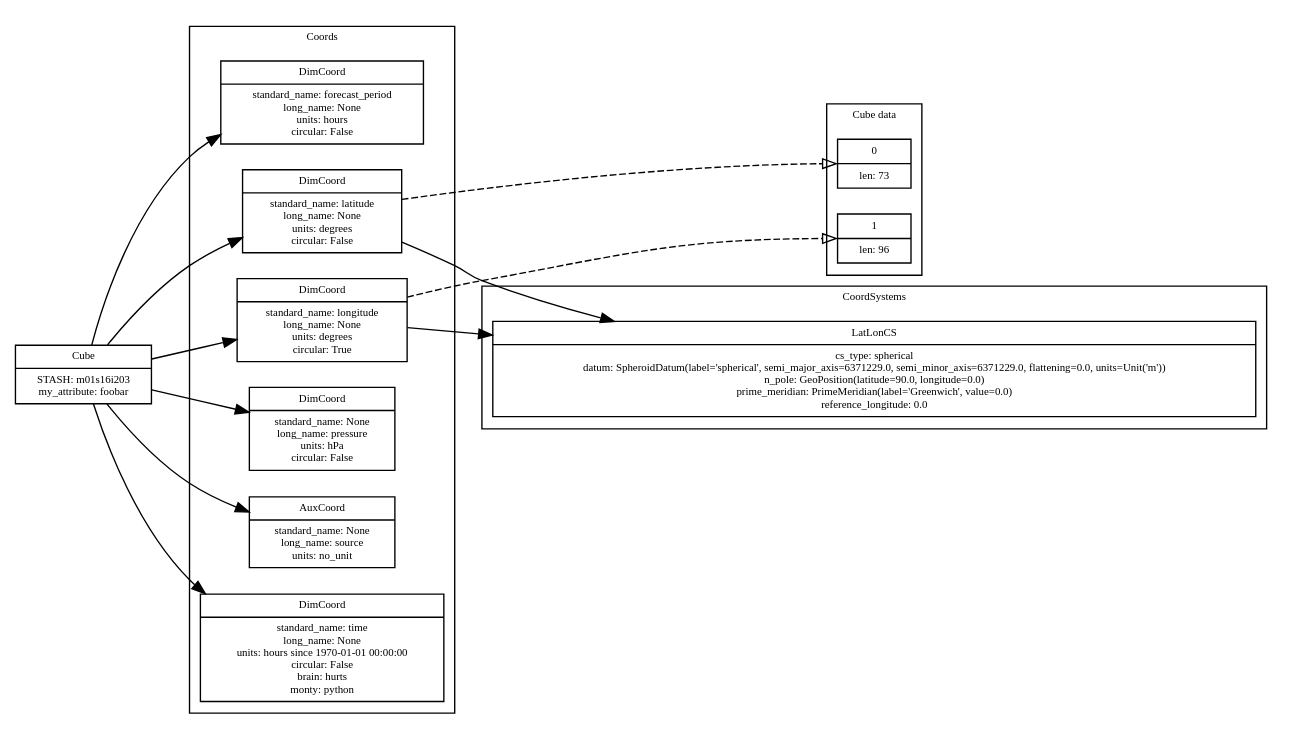
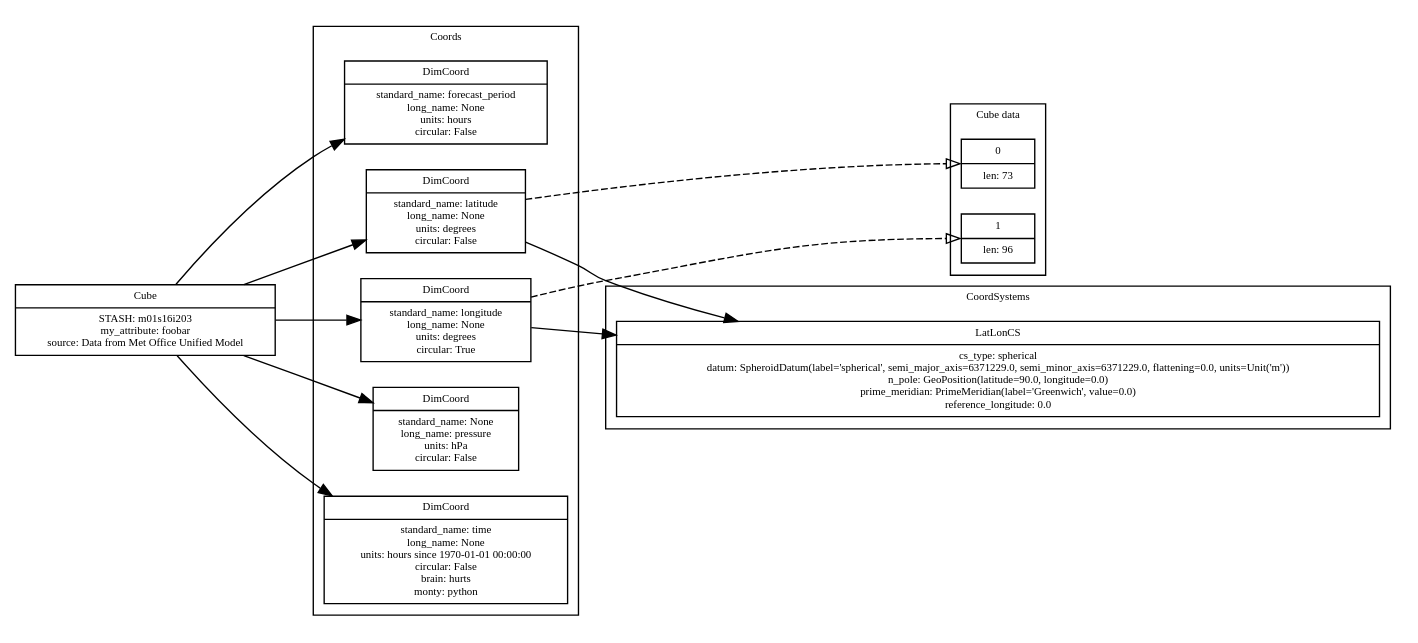
One commit to SciTools/iris changed the diagram in etc/iris_tests_results/file_load/coord_attributes.dot. Above: the diagram before and after it, drawn with Graphviz. The commit also changed 284 other files, not shown here.

Commit message:
Convert source from coord to attribute. Fixes #10

```diff
--- a/etc/iris_tests_results/file_load/coord_attributes.dot
+++ b/etc/iris_tests_results/file_load/coord_attributes.dot
@@ -1,91 +1,87 @@
 
 digraph CubeGraph{
 
     rankdir = "LR"
     fontname = "Bitstream Vera Sans"
     fontsize = 8
 
     node [
         fontname = "Bitstream Vera Sans"
         fontsize = 8
         shape = "record"
     ]
 
 #   Nodes
     ":Cube" [
-        label = "Cube|STASH: m01s16i203\nmy_attribute: foobar"
+        label = "Cube|STASH: m01s16i203\nmy_attribute: foobar\nsource: Data from Met Office Unified Model"
     ]
 
     
     subgraph clusterCubeDimensions {
         label="Cube data"
     
         "CubeDimension_0" [
             label = "0|len: 73"
         ]
 
         "CubeDimension_1" [
             label = "1|len: 96"
         ]
 
     }
     
     
     subgraph clusterCoords {
         label = "Coords"
         "Coord_0" [
             label = "DimCoord|standard_name: forecast_period\nlong_name: None\nunits: hours\ncircular: False"
         ]
         "Coord_1" [
             label = "DimCoord|standard_name: latitude\nlong_name: None\nunits: degrees\ncircular: False"
         ]
         "Coord_2" [
             label = "DimCoord|standard_name: longitude\nlong_name: None\nunits: degrees\ncircular: True"
         ]
         "Coord_3" [
             label = "DimCoord|standard_name: None\nlong_name: pressure\nunits: hPa\ncircular: False"
         ]
         "Coord_4" [
-            label = "AuxCoord|standard_name: None\nlong_name: source\nunits: no_unit"
-        ]
-        "Coord_5" [
             label = "DimCoord|standard_name: time\nlong_name: None\nunits: hours since 1970-01-01 00:00:00\ncircular: False\nbrain: hurts\nmonty: python"
         ]
 
     }
     
     
     subgraph clusterCoordSystems {
         label = "CoordSystems"
         "CoordSystem_LatLonCS_0" [
             label = "LatLonCS|cs_type: spherical\ndatum: SpheroidDatum(label='spherical', semi_major_axis=6371229.0, semi_minor_axis=6371229.0, flattening=0.0, units=Unit('m'))\nn_pole: GeoPosition(latitude=90.0, longitude=0.0)\nprime_meridian: PrimeMeridian(label='Greenwich', value=0.0)\nreference_longitude: 0.0"
         ]
 
     }
     
     edge [
         arrowhead = "normal"
     ]
 
 #   RELATIONSHIPS
 
 #   Containment
     
     ":Cube" -> "Coord_0"
     "Coord_1" -> "CoordSystem_LatLonCS_0"
     ":Cube" -> "Coord_1"
     "Coord_2" -> "CoordSystem_LatLonCS_0"
     ":Cube" -> "Coord_2"
     ":Cube" -> "Coord_3"
     ":Cube" -> "Coord_4"
-    ":Cube" -> "Coord_5"
     edge [
         style="dashed"
         arrowhead = "onormal"
     ]
 
 #   Association
     
     "Coord_1" -> "CubeDimension_0":w
     "Coord_2" -> "CubeDimension_1":w
 }
```
